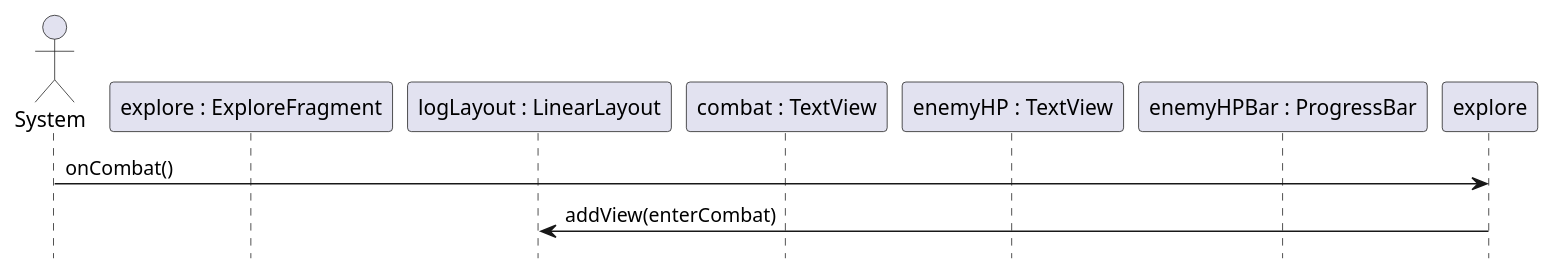
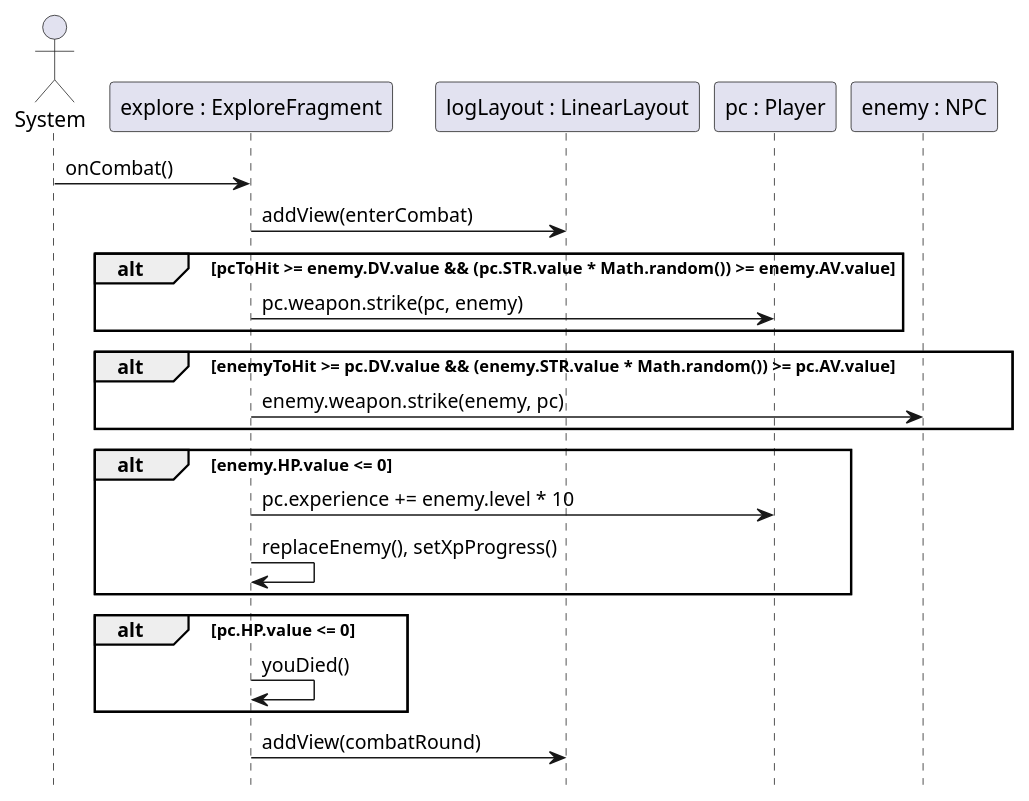
The first of 4 diagrams in app/doc/design.md (dgoldman30/Dungeon_Crawler), drawn with PlantUML before and after one commit. The commit also changed other lines of this file, not shown here.

````diff
--- a/app/doc/design.md
+++ b/app/doc/design.md
@@ -92,16 +4,35 @@
 ```plantuml
 @startuml
 hide footbox
 
 actor System
 participant "explore : ExploreFragment" as exploreFragment
 participant "logLayout : LinearLayout" as logLayout
-participant "combat : TextView" as enterCombat
-participant "enemyHP : TextView" as enemyHP
-participant "enemyHPBar : ProgressBar" as enemyHPBar
+participant "pc : Player" as pc
+participant "enemy : NPC" as enemy
 
-System -> explore: onCombat()
-explore -> logLayout: addView(enterCombat)
+System -> exploreFragment: onCombat()
+exploreFragment -> logLayout: addView(enterCombat)
+
+alt pcToHit >= enemy.DV.value && (pc.STR.value * Math.random()) >= enemy.AV.value
+exploreFragment -> pc: pc.weapon.strike(pc, enemy)
+end
+
+alt enemyToHit >= pc.DV.value && (enemy.STR.value * Math.random()) >= pc.AV.value
+exploreFragment -> enemy: enemy.weapon.strike(enemy, pc)
+end
+
+
+alt enemy.HP.value <= 0
+exploreFragment -> pc: pc.experience += enemy.level * 10
+exploreFragment -> exploreFragment: replaceEnemy(), setXpProgress()
+end
+
+alt pc.HP.value <= 0
+exploreFragment -> exploreFragment: youDied()
+end
+
+exploreFragment -> logLayout: addView(combatRound)
 
 @enduml
 ```
````
